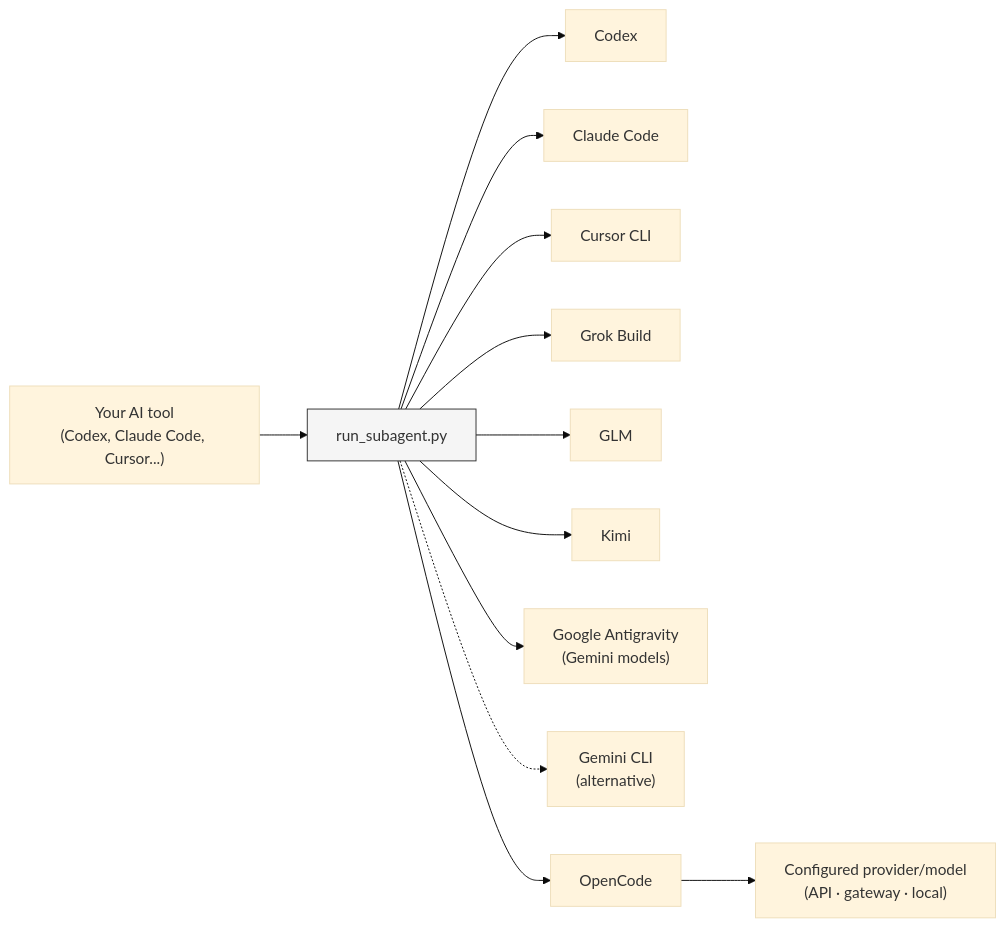
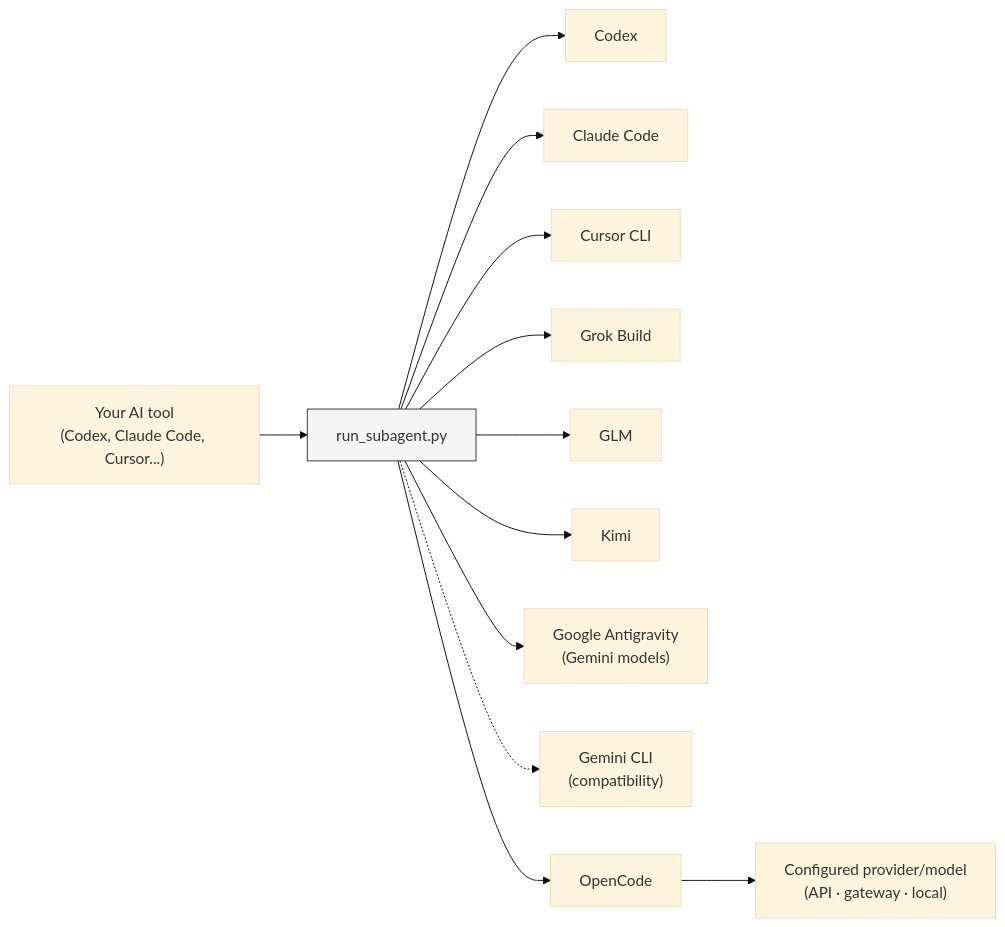
The diagram in README.md (shinpr/sub-agents-skills), drawn with Mermaid (base theme) before and after one commit. The commit also changed other lines of this file and 1 other file, not shown here.

````diff
--- a/README.md
+++ b/README.md
@@ -13,15 +423,15 @@
 ```mermaid
 graph LR
     A["Your AI tool<br/>(Codex, Claude Code, Cursor...)"] --> B["run_subagent.py"]
     B --> C["Codex"]
     B --> D["Claude Code"]
     B --> E["Cursor CLI"]
     B --> H["Grok Build"]
     B --> G["GLM"]
     B --> K["Kimi"]
     B --> F["Google Antigravity<br/>(Gemini models)"]
-    B -.-> GM["Gemini CLI<br/>(alternative)"]
+    B -.-> GM["Gemini CLI<br/>(compatibility)"]
     B --> I["OpenCode"]
     I --> J["Configured provider/model<br/>(API · gateway · local)"]
     style B fill:#f5f5f5,stroke:#333
 ```
````
